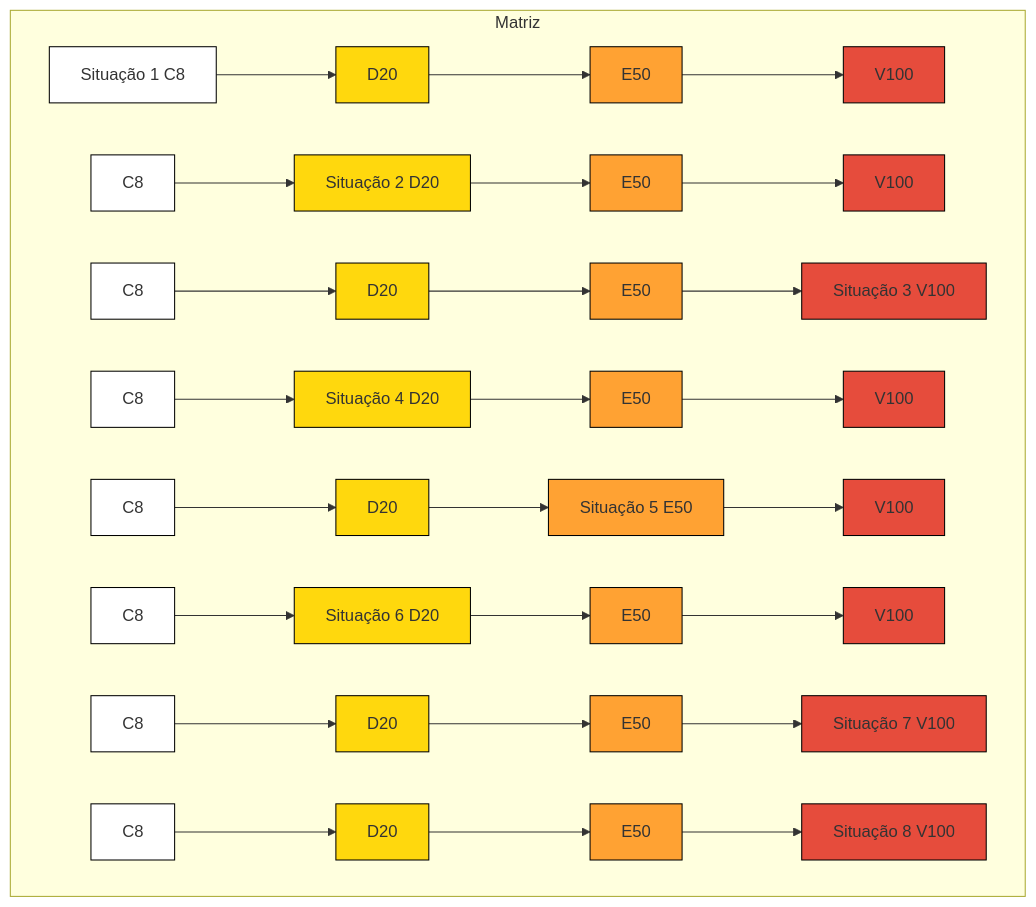
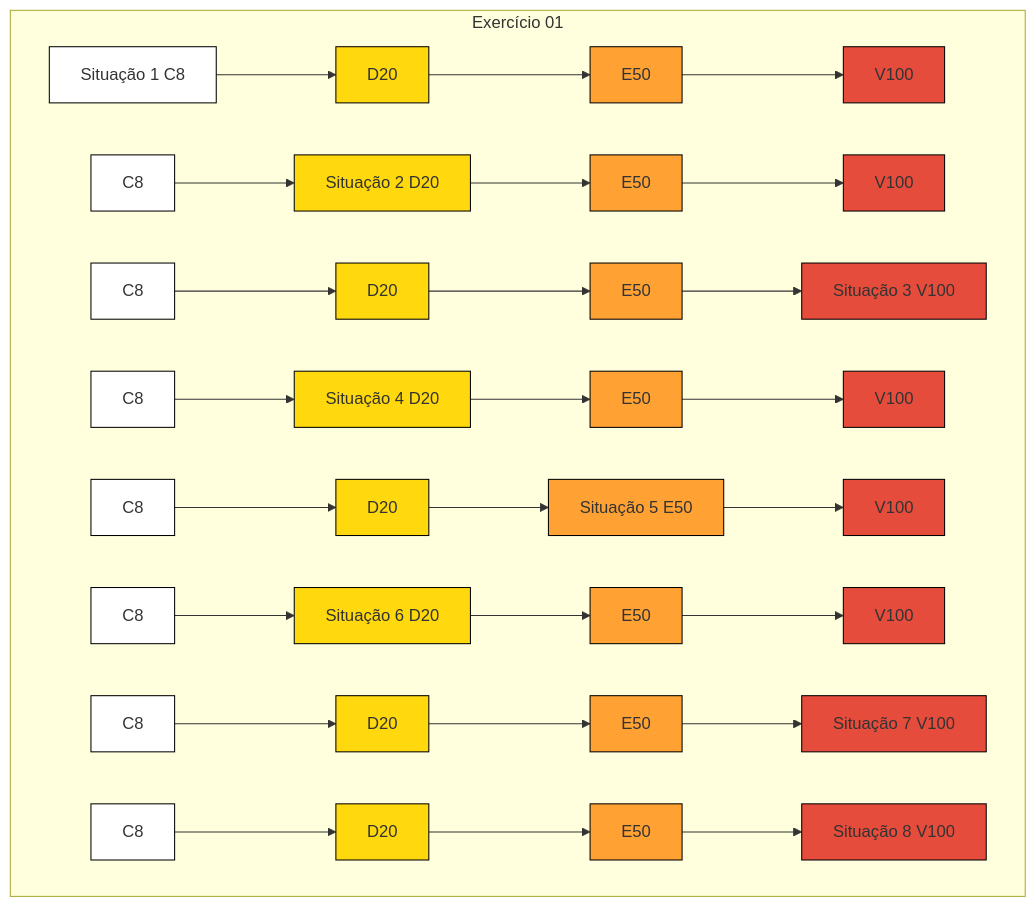
One commit to AnandaMazine/Metodo-Agil-Crystal changed the diagram in README.md. Above: the diagram before and after it, drawn with Mermaid.

````diff
--- a/README.md
+++ b/README.md
@@ -3,20 +3,20 @@
 ```mermaid
 graph TD
-  subgraph Matriz
+  subgraph Exercício 01
     A1["Situação 1 C8"]:::branco --> A2["D20"]:::amarelo --> A3["E50"]:::laranja --> A4["V100"]:::vermelho
     B1["C8"]:::branco --> B2["Situação 2 D20"]:::amarelo --> B3["E50"]:::laranja --> B4["V100"]:::vermelho
     C1["C8"]:::branco --> C2["D20"]:::amarelo --> C3["E50"]:::laranja --> C4["Situação 3 V100"]:::vermelho
     D1["C8"]:::branco --> D2["Situação 4 D20"]:::amarelo --> D3["E50"]:::laranja --> D4["V100"]:::vermelho
     E1["C8"]:::branco --> E2["D20"]:::amarelo --> E3["Situação 5 E50"]:::laranja --> E4["V100"]:::vermelho
     F1["C8"]:::branco --> F2["Situação 6 D20"]:::amarelo --> F3["E50"]:::laranja --> F4["V100"]:::vermelho
     G1["C8"]:::branco --> G2["D20"]:::amarelo --> G3["E50"]:::laranja --> G4["Situação 7 V100"]:::vermelho
     H1["C8"]:::branco --> H2["D20"]:::amarelo --> H3["E50"]:::laranja --> H4["Situação 8 V100"]:::vermelho
   end
 
   %% Definições de estilo
   classDef branco fill:#ffffff,stroke:#000,stroke-width:1px;
   classDef amarelo fill:#FFD80D,stroke:#000,stroke-width:1px;
   classDef laranja fill:#FFA233,stroke:#000,stroke-width:1px;
   classDef vermelho fill:#E64C3C,stroke:#000,stroke-width:1px;
 
 ```
````
